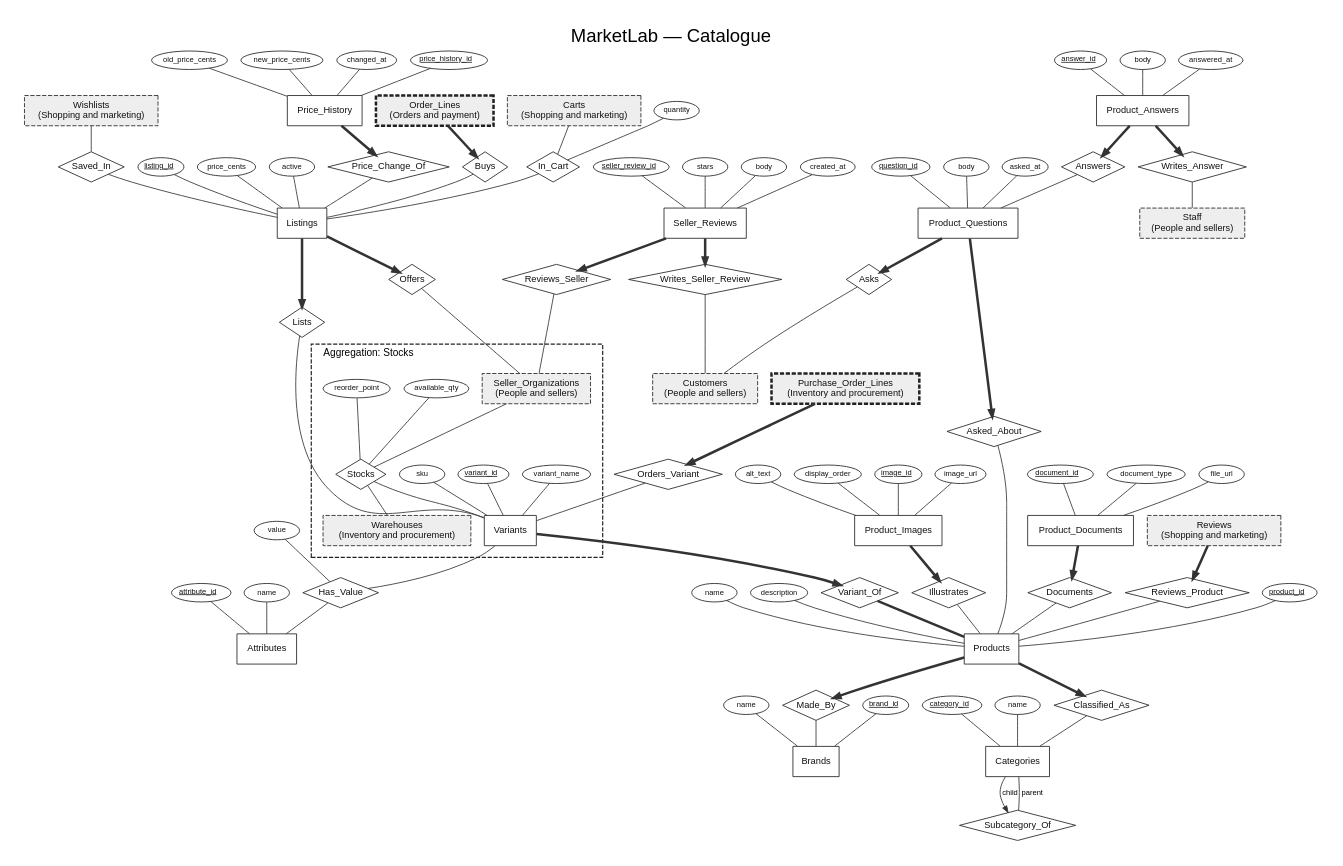
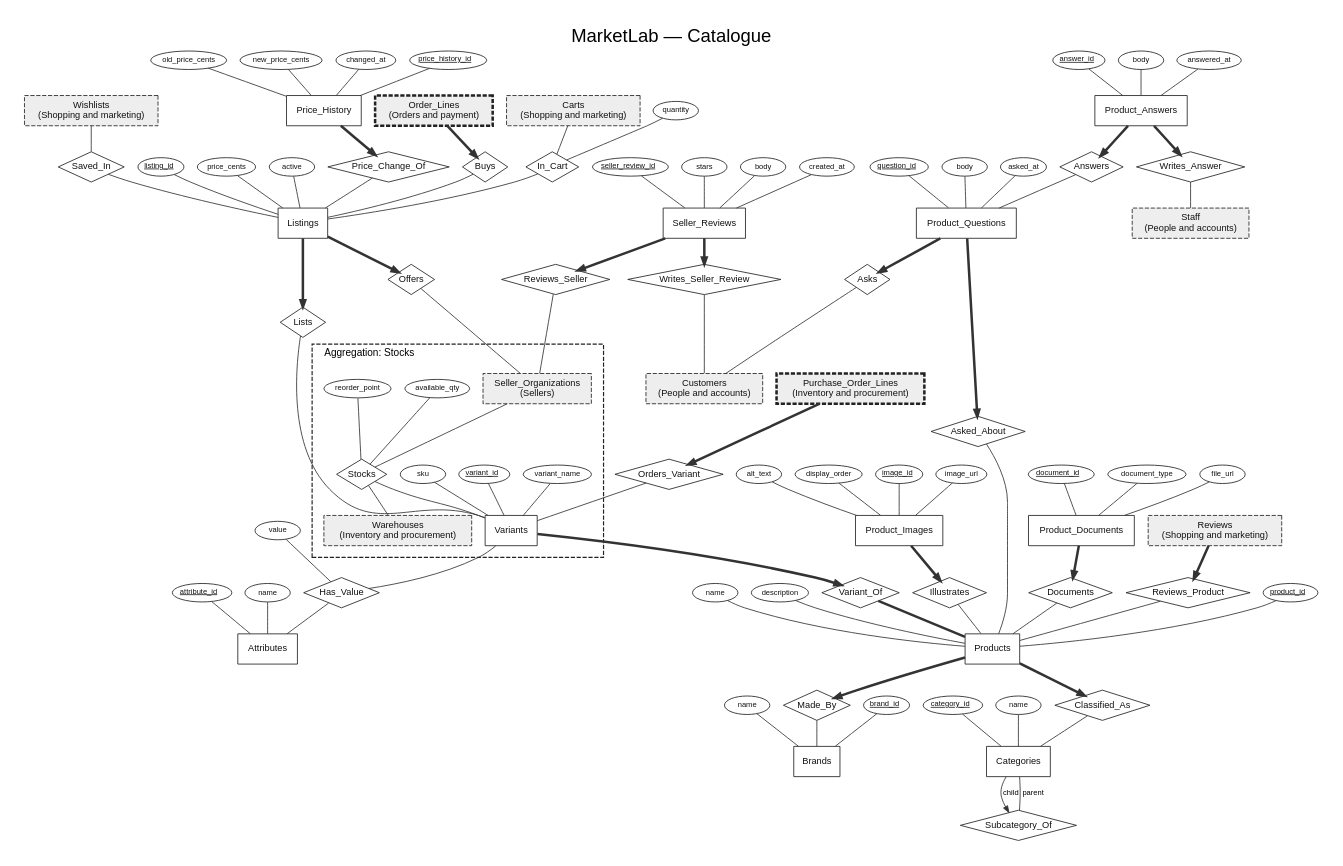
One commit to Barlassen/CS_202_Project changed the diagram in docs/er/area-catalogue.dot. Above: the diagram before and after it, drawn with Graphviz. The commit also changed 47 other files, not shown here.

First line of the commit message:
Word submission document generated from the ER model

```diff
--- a/docs/er/area-catalogue.dot
+++ b/docs/er/area-catalogue.dot
@@ -1,184 +1,184 @@
 digraph ER {
 graph [compound=true, rankdir=TB, newrank=true, nodesep=0.22, ranksep=0.42, fontname="Helvetica", fontsize=22, labelloc=t, label="MarketLab — Catalogue", pad=0.3];
 node [fontname="Helvetica", fontsize=11, color="#222222", fontcolor="#111111"];
 edge [color="#333333", arrowsize=0.8, fontname="Helvetica", fontsize=9];
 E_attributes [shape=box, penwidth=1, label="Attributes"];
 A__attributes__attribute_id [shape=ellipse, fontsize=9, margin="0.04,0.02", height=0.3, label=<<U>attribute_id</U>>];
 A__attributes__attribute_id -> E_attributes [dir=none];
 A__attributes__name [shape=ellipse, fontsize=9, margin="0.04,0.02", height=0.3, label="name"];
 A__attributes__name -> E_attributes [dir=none];
 E_brands [shape=box, penwidth=1, label="Brands"];
 A__brands__brand_id [shape=ellipse, fontsize=9, margin="0.04,0.02", height=0.3, label=<<U>brand_id</U>>];
 A__brands__brand_id -> E_brands [dir=none];
 A__brands__name [shape=ellipse, fontsize=9, margin="0.04,0.02", height=0.3, label="name"];
 A__brands__name -> E_brands [dir=none];
 E_carts [shape=box, style="filled,dashed", fillcolor="#eeeeee", penwidth=1, label="Carts
 (Shopping and marketing)"];
 E_categories [shape=box, penwidth=1, label="Categories"];
 A__categories__category_id [shape=ellipse, fontsize=9, margin="0.04,0.02", height=0.3, label=<<U>category_id</U>>];
 A__categories__category_id -> E_categories [dir=none];
 A__categories__name [shape=ellipse, fontsize=9, margin="0.04,0.02", height=0.3, label="name"];
 A__categories__name -> E_categories [dir=none];
 E_customers [shape=box, style="filled,dashed", fillcolor="#eeeeee", penwidth=1, label="Customers
-(People and sellers)"];
+(People and accounts)"];
 E_listings [shape=box, penwidth=1, label="Listings"];
 A__listings__listing_id [shape=ellipse, fontsize=9, margin="0.04,0.02", height=0.3, label=<<U>listing_id</U>>];
 A__listings__listing_id -> E_listings [dir=none];
 A__listings__price_cents [shape=ellipse, fontsize=9, margin="0.04,0.02", height=0.3, label="price_cents"];
 A__listings__price_cents -> E_listings [dir=none];
 A__listings__active [shape=ellipse, fontsize=9, margin="0.04,0.02", height=0.3, label="active"];
 A__listings__active -> E_listings [dir=none];
 E_order_lines [shape=box, style="filled,dashed", fillcolor="#eeeeee", penwidth=3, label="Order_Lines
 (Orders and payment)"];
 E_price_history [shape=box, penwidth=1, label="Price_History"];
 A__price_history__price_history_id [shape=ellipse, fontsize=9, margin="0.04,0.02", height=0.3, label=<<U>price_history_id</U>>];
 A__price_history__price_history_id -> E_price_history [dir=none];
 A__price_history__old_price_cents [shape=ellipse, fontsize=9, margin="0.04,0.02", height=0.3, label="old_price_cents"];
 A__price_history__old_price_cents -> E_price_history [dir=none];
 A__price_history__new_price_cents [shape=ellipse, fontsize=9, margin="0.04,0.02", height=0.3, label="new_price_cents"];
 A__price_history__new_price_cents -> E_price_history [dir=none];
 A__price_history__changed_at [shape=ellipse, fontsize=9, margin="0.04,0.02", height=0.3, label="changed_at"];
 A__price_history__changed_at -> E_price_history [dir=none];
 E_product_answers [shape=box, penwidth=1, label="Product_Answers"];
 A__product_answers__answer_id [shape=ellipse, fontsize=9, margin="0.04,0.02", height=0.3, label=<<U>answer_id</U>>];
 A__product_answers__answer_id -> E_product_answers [dir=none];
 A__product_answers__body [shape=ellipse, fontsize=9, margin="0.04,0.02", height=0.3, label="body"];
 A__product_answers__body -> E_product_answers [dir=none];
 A__product_answers__answered_at [shape=ellipse, fontsize=9, margin="0.04,0.02", height=0.3, label="answered_at"];
 A__product_answers__answered_at -> E_product_answers [dir=none];
 E_product_documents [shape=box, penwidth=1, label="Product_Documents"];
 A__product_documents__document_id [shape=ellipse, fontsize=9, margin="0.04,0.02", height=0.3, label=<<U>document_id</U>>];
 A__product_documents__document_id -> E_product_documents [dir=none];
 A__product_documents__document_type [shape=ellipse, fontsize=9, margin="0.04,0.02", height=0.3, label="document_type"];
 A__product_documents__document_type -> E_product_documents [dir=none];
 A__product_documents__file_url [shape=ellipse, fontsize=9, margin="0.04,0.02", height=0.3, label="file_url"];
 A__product_documents__file_url -> E_product_documents [dir=none];
 E_product_images [shape=box, penwidth=1, label="Product_Images"];
 A__product_images__image_id [shape=ellipse, fontsize=9, margin="0.04,0.02", height=0.3, label=<<U>image_id</U>>];
 A__product_images__image_id -> E_product_images [dir=none];
 A__product_images__image_url [shape=ellipse, fontsize=9, margin="0.04,0.02", height=0.3, label="image_url"];
 A__product_images__image_url -> E_product_images [dir=none];
 A__product_images__alt_text [shape=ellipse, fontsize=9, margin="0.04,0.02", height=0.3, label="alt_text"];
 A__product_images__alt_text -> E_product_images [dir=none];
 A__product_images__display_order [shape=ellipse, fontsize=9, margin="0.04,0.02", height=0.3, label="display_order"];
 A__product_images__display_order -> E_product_images [dir=none];
 E_product_questions [shape=box, penwidth=1, label="Product_Questions"];
 A__product_questions__question_id [shape=ellipse, fontsize=9, margin="0.04,0.02", height=0.3, label=<<U>question_id</U>>];
 A__product_questions__question_id -> E_product_questions [dir=none];
 A__product_questions__body [shape=ellipse, fontsize=9, margin="0.04,0.02", height=0.3, label="body"];
 A__product_questions__body -> E_product_questions [dir=none];
 A__product_questions__asked_at [shape=ellipse, fontsize=9, margin="0.04,0.02", height=0.3, label="asked_at"];
 A__product_questions__asked_at -> E_product_questions [dir=none];
 E_products [shape=box, penwidth=1, label="Products"];
 A__products__product_id [shape=ellipse, fontsize=9, margin="0.04,0.02", height=0.3, label=<<U>product_id</U>>];
 A__products__product_id -> E_products [dir=none];
 A__products__name [shape=ellipse, fontsize=9, margin="0.04,0.02", height=0.3, label="name"];
 A__products__name -> E_products [dir=none];
 A__products__description [shape=ellipse, fontsize=9, margin="0.04,0.02", height=0.3, label="description"];
 A__products__description -> E_products [dir=none];
 E_purchase_order_lines [shape=box, style="filled,dashed", fillcolor="#eeeeee", penwidth=3, label="Purchase_Order_Lines
 (Inventory and procurement)"];
 E_reviews [shape=box, style="filled,dashed", fillcolor="#eeeeee", penwidth=1, label="Reviews
 (Shopping and marketing)"];
 E_seller_reviews [shape=box, penwidth=1, label="Seller_Reviews"];
 A__seller_reviews__seller_review_id [shape=ellipse, fontsize=9, margin="0.04,0.02", height=0.3, label=<<U>seller_review_id</U>>];
 A__seller_reviews__seller_review_id -> E_seller_reviews [dir=none];
 A__seller_reviews__stars [shape=ellipse, fontsize=9, margin="0.04,0.02", height=0.3, label="stars"];
 A__seller_reviews__stars -> E_seller_reviews [dir=none];
 A__seller_reviews__body [shape=ellipse, fontsize=9, margin="0.04,0.02", height=0.3, label="body"];
 A__seller_reviews__body -> E_seller_reviews [dir=none];
 A__seller_reviews__created_at [shape=ellipse, fontsize=9, margin="0.04,0.02", height=0.3, label="created_at"];
 A__seller_reviews__created_at -> E_seller_reviews [dir=none];
 E_staff [shape=box, style="filled,dashed", fillcolor="#eeeeee", penwidth=1, label="Staff
-(People and sellers)"];
+(People and accounts)"];
 E_wishlists [shape=box, style="filled,dashed", fillcolor="#eeeeee", penwidth=1, label="Wishlists
 (Shopping and marketing)"];
 subgraph cluster_agg { style=dashed; color="#222222"; penwidth=1.4; margin=14; label="Aggregation: Stocks"; fontsize=12; labeljust=l;
 E_seller_organizations [shape=box, style="filled,dashed", fillcolor="#eeeeee", penwidth=1, label="Seller_Organizations
-(People and sellers)"];
+(Sellers)"];
 E_variants [shape=box, penwidth=1, label="Variants"];
 A__variants__variant_id [shape=ellipse, fontsize=9, margin="0.04,0.02", height=0.3, label=<<U>variant_id</U>>];
 A__variants__variant_id -> E_variants [dir=none];
 A__variants__sku [shape=ellipse, fontsize=9, margin="0.04,0.02", height=0.3, label="sku"];
 A__variants__sku -> E_variants [dir=none];
 A__variants__variant_name [shape=ellipse, fontsize=9, margin="0.04,0.02", height=0.3, label="variant_name"];
 A__variants__variant_name -> E_variants [dir=none];
 E_warehouses [shape=box, style="filled,dashed", fillcolor="#eeeeee", penwidth=1, label="Warehouses
 (Inventory and procurement)"];
 R98 [shape=diamond, penwidth=1, margin="0.02,0.02", label="Stocks"];
 RA98__available_qty [shape=ellipse, fontsize=9, margin="0.04,0.02", height=0.3, label="available_qty"];
 RA98__available_qty -> R98 [dir=none];
 RA98__reorder_point [shape=ellipse, fontsize=9, margin="0.04,0.02", height=0.3, label="reorder_point"];
 RA98__reorder_point -> R98 [dir=none];
 E_seller_organizations -> R98 [dir=none];
 R98 -> E_variants [dir=none];
 R98 -> E_warehouses [dir=none];
 }
 R18 [shape=diamond, penwidth=1, margin="0.02,0.02", label="Subcategory_Of"];
 E_categories -> R18 [dir=forward, arrowhead=normal, label="child"];
 R18 -> E_categories [dir=none, label="parent"];
 R19 [shape=diamond, penwidth=1, margin="0.02,0.02", label="Made_By"];
 E_products -> R19 [dir=forward, arrowhead=normal, penwidth=3];
 R19 -> E_brands [dir=none];
 R20 [shape=diamond, penwidth=1, margin="0.02,0.02", label="Classified_As"];
 E_products -> R20 [dir=forward, arrowhead=normal, penwidth=3];
 R20 -> E_categories [dir=none];
 R21 [shape=diamond, penwidth=1, margin="0.02,0.02", label="Variant_Of"];
 E_variants -> R21 [dir=forward, arrowhead=normal, penwidth=3];
 R21 -> E_products [dir=none, penwidth=3];
 R22 [shape=diamond, penwidth=1, margin="0.02,0.02", label="Illustrates"];
 E_product_images -> R22 [dir=forward, arrowhead=normal, penwidth=3];
 R22 -> E_products [dir=none];
 R23 [shape=diamond, penwidth=1, margin="0.02,0.02", label="Lists"];
 E_listings -> R23 [dir=forward, arrowhead=normal, penwidth=3];
 R23 -> E_variants [dir=none];
 R24 [shape=diamond, penwidth=1, margin="0.02,0.02", label="Offers"];
 E_listings -> R24 [dir=forward, arrowhead=normal, penwidth=3];
 R24 -> E_seller_organizations [dir=none];
 R25 [shape=diamond, penwidth=1, margin="0.02,0.02", label="Price_Change_Of"];
 E_price_history -> R25 [dir=forward, arrowhead=normal, penwidth=3];
 R25 -> E_listings [dir=none];
 R26 [shape=diamond, penwidth=1, margin="0.02,0.02", label="Asks"];
 E_product_questions -> R26 [dir=forward, arrowhead=normal, penwidth=3];
 R26 -> E_customers [dir=none];
 R27 [shape=diamond, penwidth=1, margin="0.02,0.02", label="Asked_About"];
 E_product_questions -> R27 [dir=forward, arrowhead=normal, penwidth=3];
 R27 -> E_products [dir=none];
 R28 [shape=diamond, penwidth=1, margin="0.02,0.02", label="Writes_Answer"];
 E_product_answers -> R28 [dir=forward, arrowhead=normal, penwidth=3];
 R28 -> E_staff [dir=none];
 R29 [shape=diamond, penwidth=1, margin="0.02,0.02", label="Answers"];
 E_product_answers -> R29 [dir=forward, arrowhead=normal, penwidth=3];
 R29 -> E_product_questions [dir=none];
 R30 [shape=diamond, penwidth=1, margin="0.02,0.02", label="Documents"];
 E_product_documents -> R30 [dir=forward, arrowhead=normal, penwidth=3];
 R30 -> E_products [dir=none];
 R31 [shape=diamond, penwidth=1, margin="0.02,0.02", label="Writes_Seller_Review"];
 E_seller_reviews -> R31 [dir=forward, arrowhead=normal, penwidth=3];
 R31 -> E_customers [dir=none];
 R32 [shape=diamond, penwidth=1, margin="0.02,0.02", label="Reviews_Seller"];
 E_seller_reviews -> R32 [dir=forward, arrowhead=normal, penwidth=3];
 R32 -> E_seller_organizations [dir=none];
 R38 [shape=diamond, penwidth=1, margin="0.02,0.02", label="Reviews_Product"];
 E_reviews -> R38 [dir=forward, arrowhead=normal, penwidth=3];
 R38 -> E_products [dir=none];
 R50 [shape=diamond, penwidth=1, margin="0.02,0.02", label="Orders_Variant"];
 E_purchase_order_lines -> R50 [dir=forward, arrowhead=normal, penwidth=3];
 R50 -> E_variants [dir=none];
 R60 [shape=diamond, penwidth=1, margin="0.02,0.02", label="Buys"];
 E_order_lines -> R60 [dir=forward, arrowhead=normal, penwidth=3];
 R60 -> E_listings [dir=none];
 R93 [shape=diamond, penwidth=1, margin="0.02,0.02", label="Has_Value"];
 RA93__value [shape=ellipse, fontsize=9, margin="0.04,0.02", height=0.3, label="value"];
 RA93__value -> R93 [dir=none];
 E_variants -> R93 [dir=none];
 R93 -> E_attributes [dir=none];
 R94 [shape=diamond, penwidth=1, margin="0.02,0.02", label="In_Cart"];
 RA94__quantity [shape=ellipse, fontsize=9, margin="0.04,0.02", height=0.3, label="quantity"];
 RA94__quantity -> R94 [dir=none];
 E_carts -> R94 [dir=none];
 R94 -> E_listings [dir=none];
 R95 [shape=diamond, penwidth=1, margin="0.02,0.02", label="Saved_In"];
 E_wishlists -> R95 [dir=none];
 R95 -> E_listings [dir=none];
 }
```
